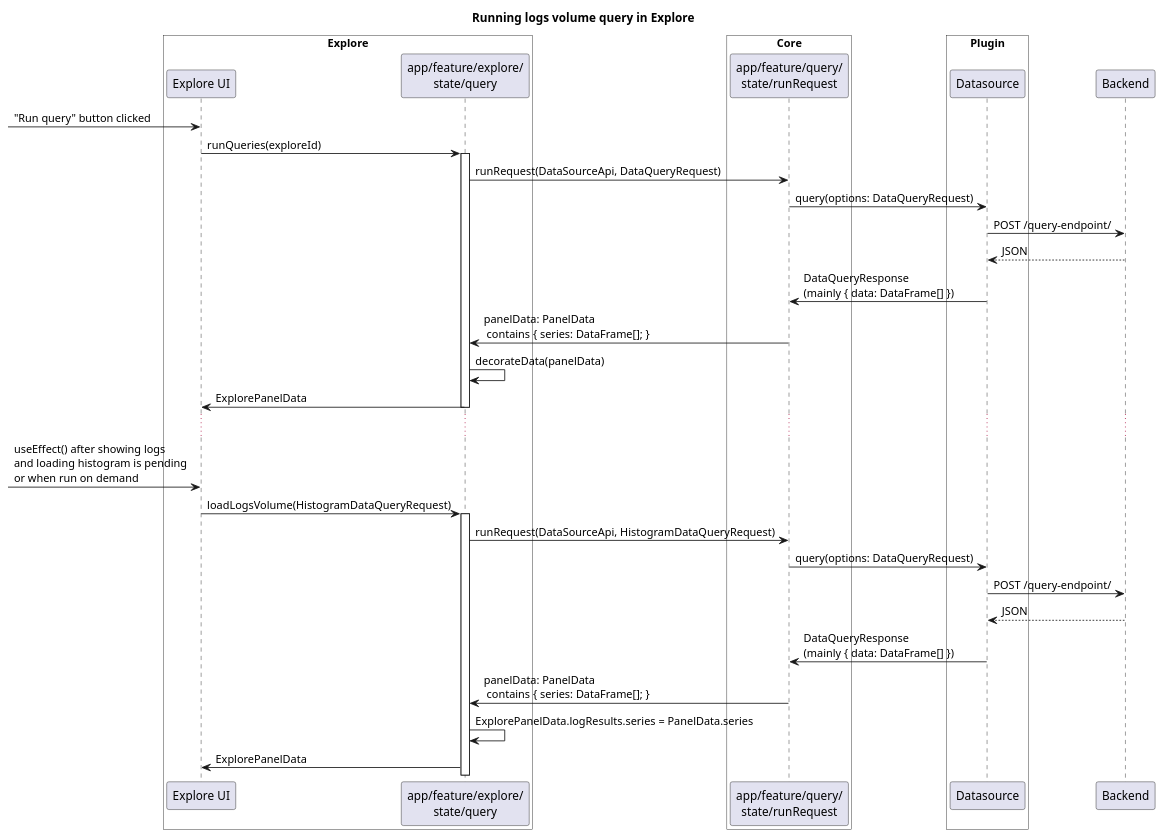
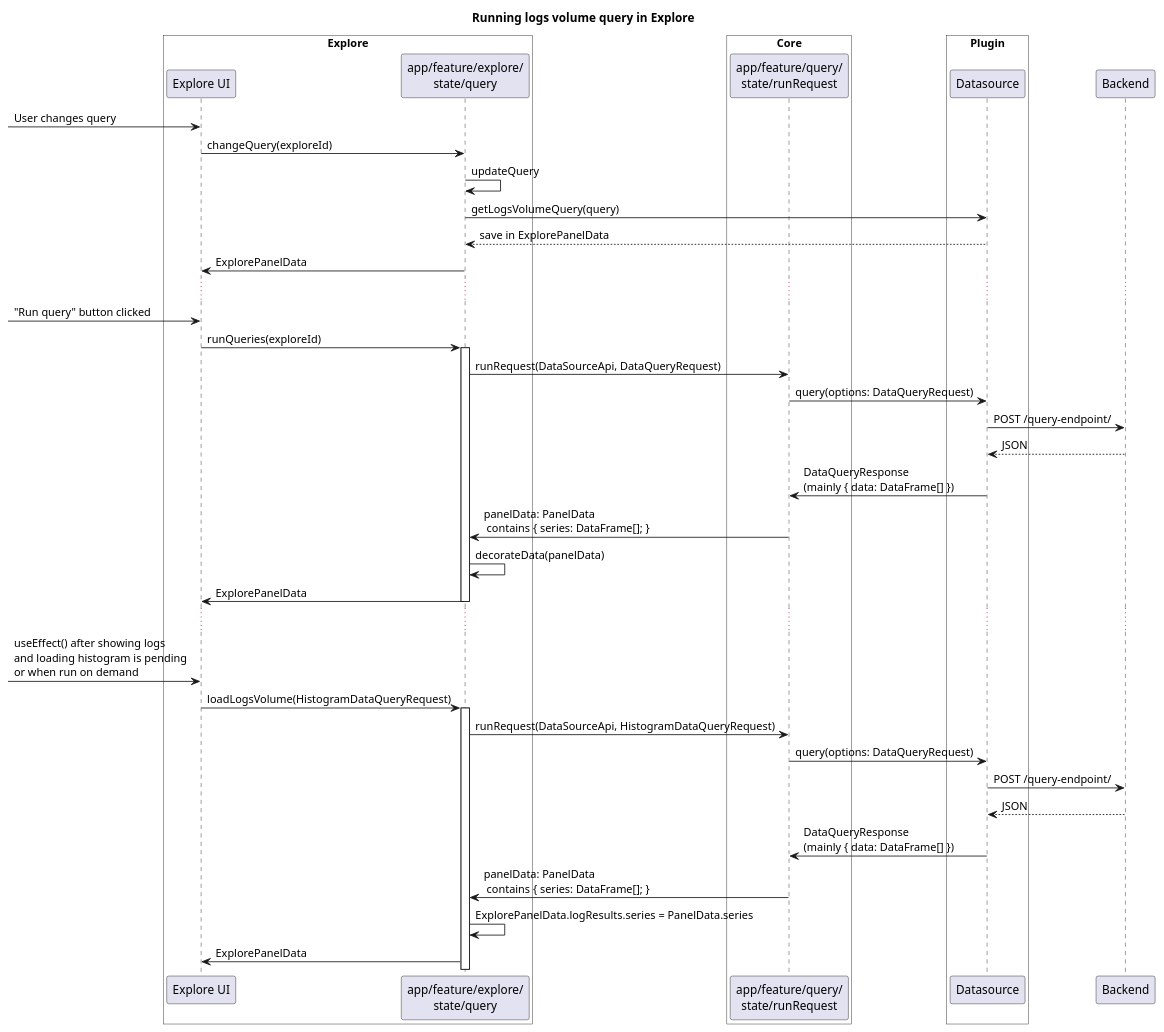
Before and after one commit to De30/grafana: the diagram in public/app/plugins/datasource/loki/docs/independent-query/overview.puml, drawn with PlantUML.

Commit message:
Diagram update for third draft

```diff
--- a/public/app/plugins/datasource/loki/docs/independent-query/overview.puml
+++ b/public/app/plugins/datasource/loki/docs/independent-query/overview.puml
@@ -1,44 +1,53 @@
 @startuml
 
 title Running logs volume query in Explore
 
 box "Explore" #white
 participant "Explore UI" as UI
 participant "app/feature/explore/\nstate/query" as S
 endbox
 
 box "Core" #white
 participant "app/feature/query/\nstate/runRequest" as S2
 endbox
 
 box "Plugin" #white
 participant Datasource as DS
 endbox
 
 participant Backend as B
+
+-> UI : User changes query
+UI -> S : changeQuery(exploreId)
+S -> S : updateQuery
+S -> DS : getLogsVolumeQuery(query)
+S <-- DS : save in ExplorePanelData
+UI <- S : ExplorePanelData
+
+...
 
 -> UI : "Run query" button clicked
 UI -> S : runQueries(exploreId)
 activate S
 S -> S2 : runRequest(DataSourceApi, DataQueryRequest)
 S2 -> DS : query(options: DataQueryRequest)
 DS -> B : POST /query-endpoint/
 DS <-- B : JSON
 S2 <- DS : DataQueryResponse\n(mainly { data: DataFrame[] })
 S <- S2 : panelData: PanelData\n contains { series: DataFrame[]; }
 S -> S : decorateData(panelData)
 UI <- S : ExplorePanelData
 deactivate
 ...
 -> UI : useEffect() after showing logs\nand loading histogram is pending\nor when run on demand
 UI -> S : loadLogsVolume(HistogramDataQueryRequest)
 activate S
 S -> S2 : runRequest(DataSourceApi, HistogramDataQueryRequest)
 S2 -> DS : query(options: DataQueryRequest)
 DS -> B : POST /query-endpoint/
 DS <-- B : JSON
 S2 <- DS : DataQueryResponse\n(mainly { data: DataFrame[] })
 S <- S2 : panelData: PanelData\n contains { series: DataFrame[]; }
 S -> S : ExplorePanelData.logResults.series = PanelData.series
 UI <- S : ExplorePanelData
 @enduml
```
